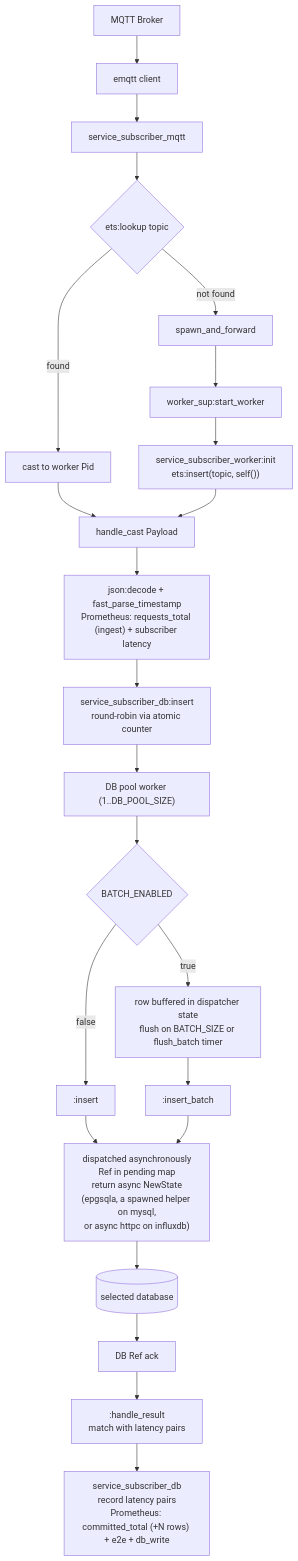
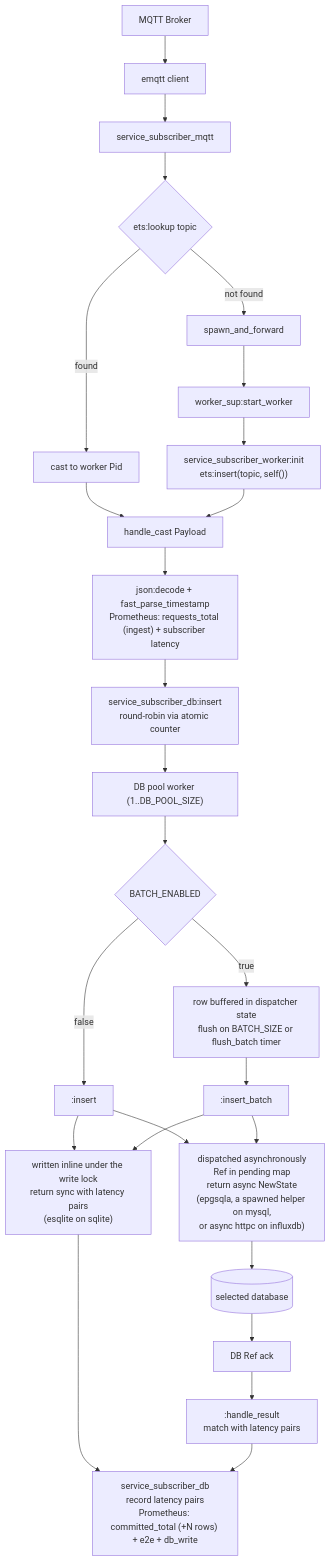
The first of 2 diagrams in service_subscriber/README.md (TomSpyropoulos/actor-erlang), drawn with Mermaid before and after one commit. The commit also changed other lines of this file and 14 other files, not shown here.

````diff
--- a/service_subscriber/README.md
+++ b/service_subscriber/README.md
@@ -21,24 +21,27 @@
 ```mermaid
 flowchart TD
     A[MQTT Broker] --> B[emqtt client] --> C[service_subscriber_mqtt]
     C --> D{ets:lookup topic}
     D -->|found| E[cast to worker Pid]
     D -->|not found| F[spawn_and_forward]
     F --> G[worker_sup:start_worker]
     G --> H["service_subscriber_worker:init\nets:insert(topic, self())"]
     E --> I[handle_cast Payload]
     H --> I
     I --> J["json:decode + fast_parse_timestamp\nPrometheus: requests_total (ingest) + subscriber latency"]
     J --> K["service_subscriber_db:insert\nround-robin via atomic counter"]
     K --> L["DB pool worker (1..DB_POOL_SIZE)"]
     L --> M{BATCH_ENABLED}
     M -->|false| N["<active db_backend>:insert"]
     M -->|true| O["row buffered in dispatcher state\nflush on BATCH_SIZE or flush_batch timer"]
     O --> P["<active db_backend>:insert_batch"]
     N --> Q["dispatched asynchronously\nRef in pending map\nreturn async NewState\n(epgsqla, a spawned helper on mysql,\nor async httpc on influxdb)"]
     P --> Q
+    N --> V["written inline under the write lock\nreturn sync with latency pairs\n(esqlite on sqlite)"]
+    P --> V
+    V --> U
     Q --> R[(selected database)]
     R --> S[DB Ref ack]
     S --> T["<active db_backend>:handle_result\nmatch with latency pairs"]
     T --> U["service_subscriber_db\nrecord latency pairs\nPrometheus: committed_total (+N rows) + e2e + db_write"]
 ```
````
